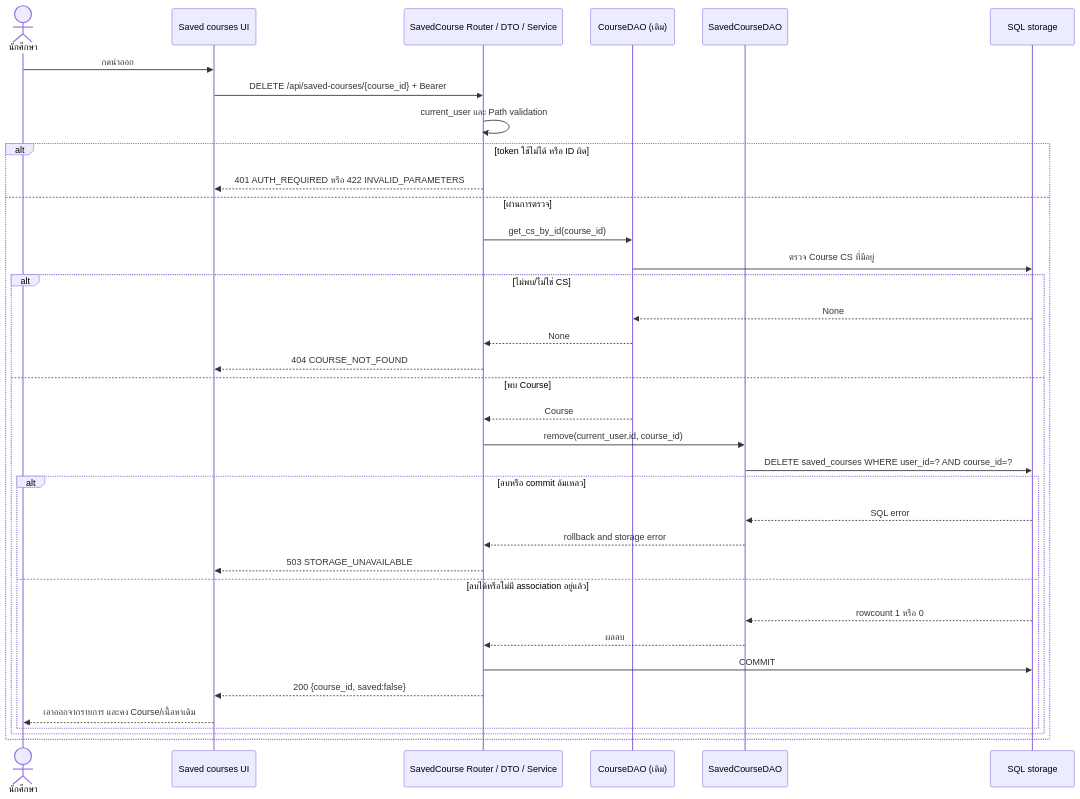
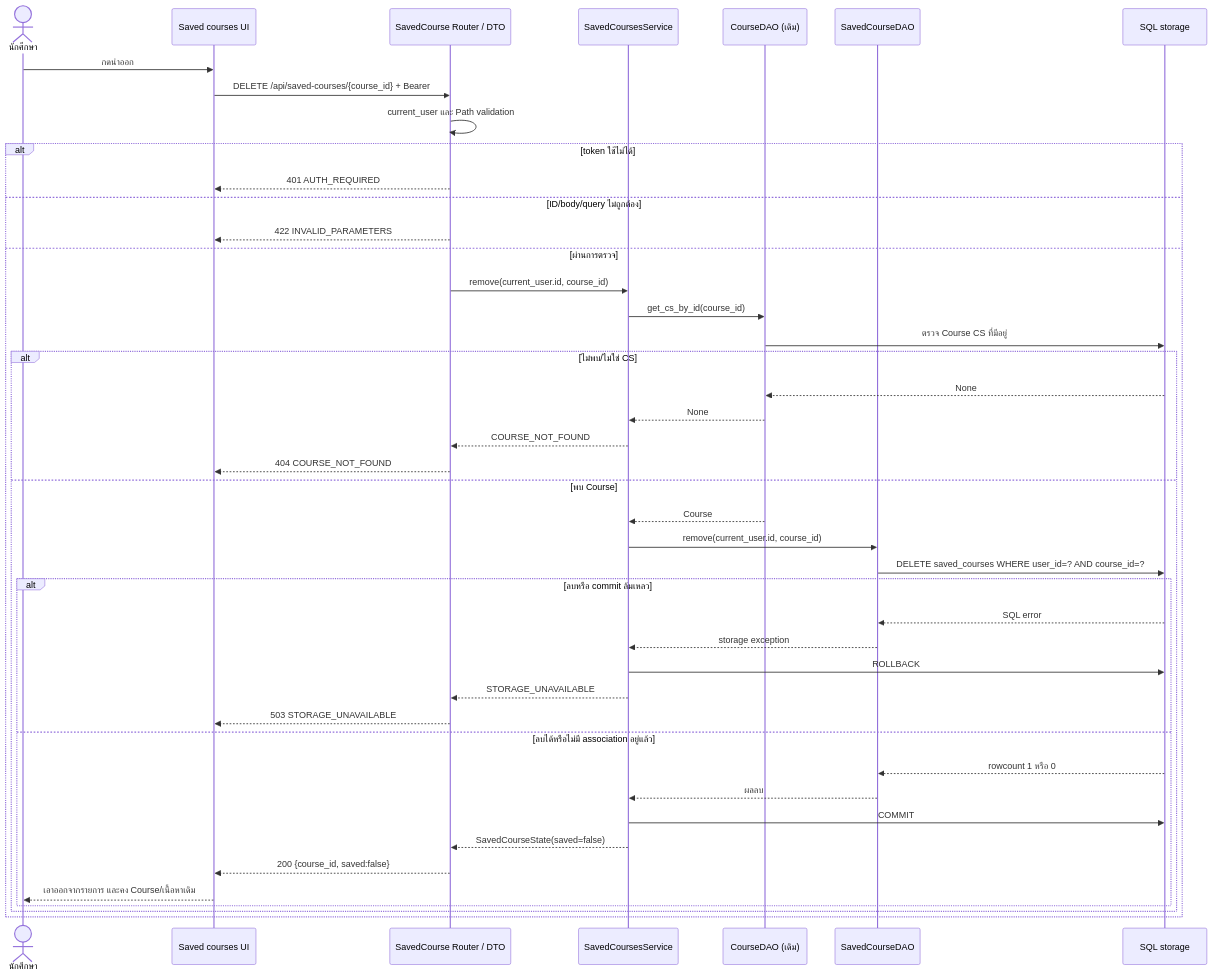
Before and after one commit to Lilieay/cs261-group4-100001: the fourth of 4 diagrams in docs/U10/design/task104-saved-courses-dao-and-sequences.md, drawn with Mermaid. The commit also changed other lines of this file and 3 other files, not shown here.

````diff
--- a/docs/U10/design/task104-saved-courses-dao-and-sequences.md
+++ b/docs/U10/design/task104-saved-courses-dao-and-sequences.md
@@ -155,38 +184,46 @@
 ```mermaid
 sequenceDiagram
     actor Student as นักศึกษา
     participant UI as Saved courses UI
-    participant API as SavedCourse Router / DTO / Service
+    participant API as SavedCourse Router / DTO
+    participant SVC as SavedCoursesService
     participant CourseDAO as CourseDAO (เดิม)
     participant DAO as SavedCourseDAO
     participant DB as SQL storage
     Student->>UI: กดนำออก
     UI->>API: DELETE /api/saved-courses/{course_id} + Bearer
     API->>API: current_user และ Path validation
-    alt token ใช้ไม่ได้ หรือ ID ผิด
-        API-->>UI: 401 AUTH_REQUIRED หรือ 422 INVALID_PARAMETERS
+    alt token ใช้ไม่ได้
+        API-->>UI: 401 AUTH_REQUIRED
+    else ID/body/query ไม่ถูกต้อง
+        API-->>UI: 422 INVALID_PARAMETERS
     else ผ่านการตรวจ
-        API->>CourseDAO: get_cs_by_id(course_id)
+        API->>SVC: remove(current_user.id, course_id)
+        SVC->>CourseDAO: get_cs_by_id(course_id)
         CourseDAO->>DB: ตรวจ Course CS ที่มีอยู่
         alt ไม่พบ/ไม่ใช่ CS
             DB-->>CourseDAO: None
-            CourseDAO-->>API: None
+            CourseDAO-->>SVC: None
+            SVC-->>API: COURSE_NOT_FOUND
             API-->>UI: 404 COURSE_NOT_FOUND
         else พบ Course
-            CourseDAO-->>API: Course
-            API->>DAO: remove(current_user.id, course_id)
+            CourseDAO-->>SVC: Course
+            SVC->>DAO: remove(current_user.id, course_id)
             DAO->>DB: DELETE saved_courses WHERE user_id=? AND course_id=?
             alt ลบหรือ commit ล้มเหลว
                 DB-->>DAO: SQL error
-                DAO-->>API: rollback and storage error
+                DAO-->>SVC: storage exception
+                SVC->>DB: ROLLBACK
+                SVC-->>API: STORAGE_UNAVAILABLE
                 API-->>UI: 503 STORAGE_UNAVAILABLE
             else ลบได้หรือไม่มี association อยู่แล้ว
                 DB-->>DAO: rowcount 1 หรือ 0
-                DAO-->>API: ผลลบ
-                API->>DB: COMMIT
+                DAO-->>SVC: ผลลบ
+                SVC->>DB: COMMIT
+                SVC-->>API: SavedCourseState(saved=false)
                 API-->>UI: 200 {course_id, saved:false}
                 UI-->>Student: เอาออกจากรายการ และคง Course/เนื้อหาเดิม
             end
         end
     end
 ```
````
